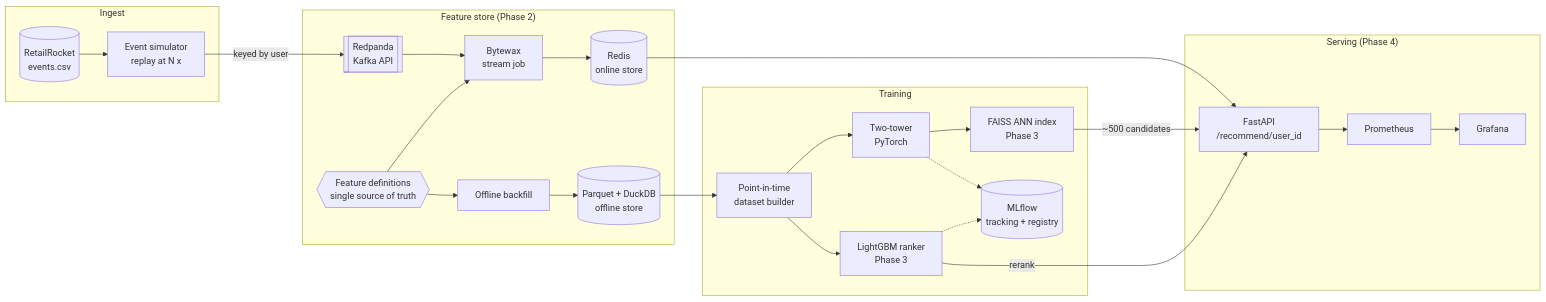
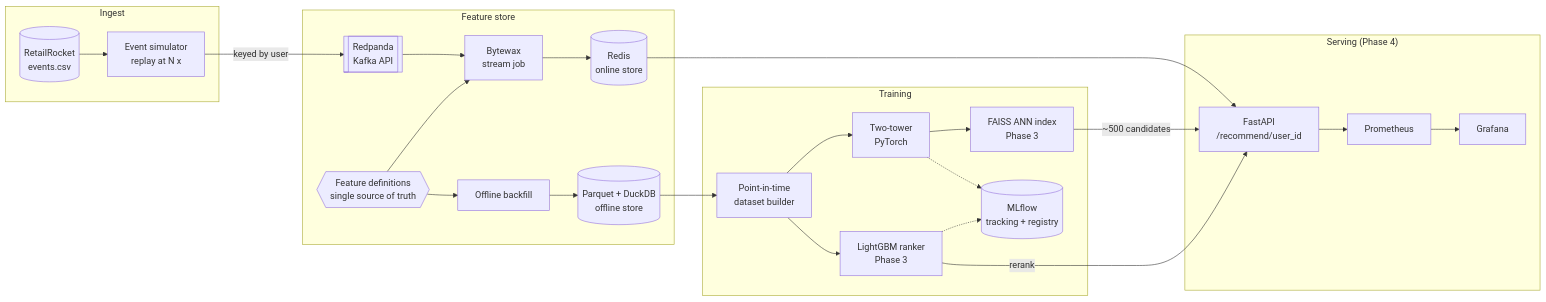
Before and after one commit to Yashika2211/absolute: the diagram in README.md, drawn with Mermaid. The commit also changed other lines of this file, not shown here.

Commit message:
document feature store in readme

````diff
--- a/README.md
+++ b/README.md
@@ -13,33 +13,33 @@
 ```mermaid
 flowchart LR
     subgraph Ingest
         CSV[(RetailRocket<br/>events.csv)] --> SIM[Event simulator<br/>replay at N x]
     end
     SIM -->|keyed by user| RP[[Redpanda<br/>Kafka API]]
 
-    subgraph Features["Feature store (Phase 2)"]
+    subgraph Features["Feature store"]
         DEF{{Feature definitions<br/>single source of truth}}
         RP --> BW[Bytewax<br/>stream job]
         DEF --> BW
         DEF --> BF[Offline backfill]
         BW --> REDIS[(Redis<br/>online store)]
         BF --> PQ[(Parquet + DuckDB<br/>offline store)]
     end
 
     subgraph Training
         PQ --> PIT[Point-in-time<br/>dataset builder]
         PIT --> TT[Two-tower<br/>PyTorch]
         PIT --> LGB[LightGBM ranker<br/>Phase 3]
         TT --> FAISS[FAISS ANN index<br/>Phase 3]
         TT -.-> MLF[(MLflow<br/>tracking + registry)]
         LGB -.-> MLF
     end
 
     subgraph Serving["Serving (Phase 4)"]
         API[FastAPI<br/>/recommend/user_id]
         REDIS --> API
         FAISS -->|~500 candidates| API
         LGB -->|rerank| API
         API --> PROM[Prometheus] --> GRAF[Grafana]
     end
 ```
````
